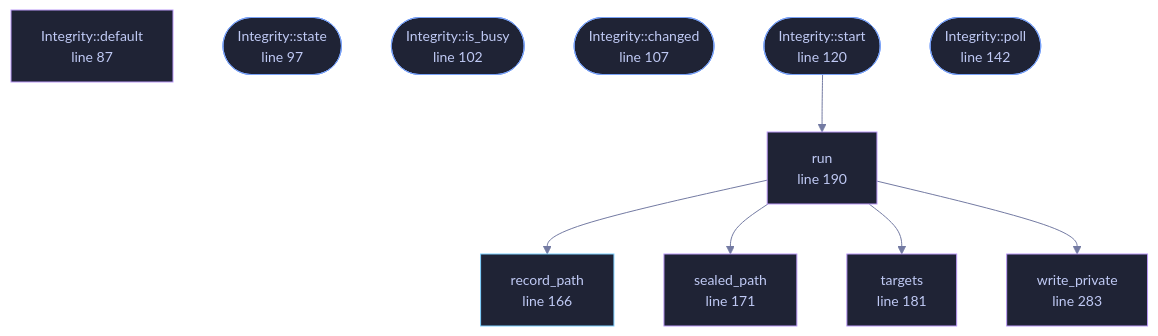
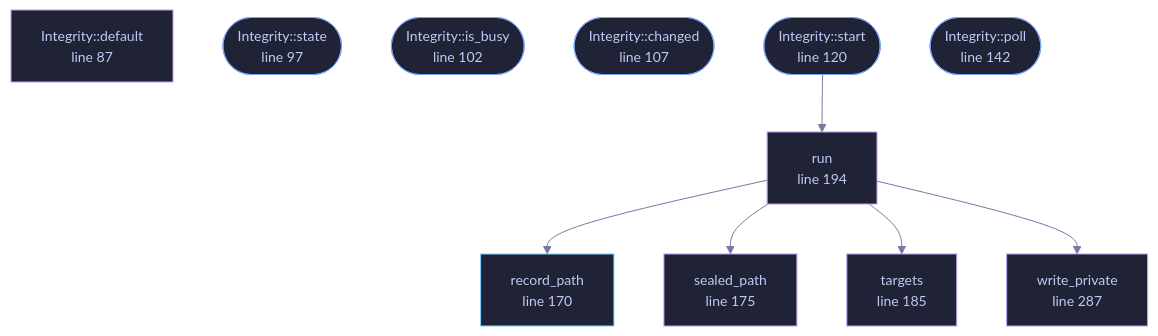
The diagram in docs/files/veilvoice-gui/integrity.md (tilas01/veilvoice), drawn with Mermaid before and after one commit. The commit also changed other lines of this file and 115 other files, not shown here.

````diff
--- a/docs/files/veilvoice-gui/integrity.md
+++ b/docs/files/veilvoice-gui/integrity.md
@@ -109,37 +109,37 @@
 ```mermaid
 %%{init: {"theme":"base","themeVariables":{"background":"#1a1b26","primaryColor":"#1f2335","primaryTextColor":"#c0caf5","primaryBorderColor":"#7aa2f7","secondaryColor":"#16161e","tertiaryColor":"#16161e","lineColor":"#737aa2","textColor":"#c0caf5","mainBkg":"#1f2335","nodeBorder":"#7aa2f7","clusterBkg":"#16161e","clusterBorder":"#2f3549","fontFamily":"ui-monospace, SFMono-Regular, Consolas, monospace","fontSize":"14px"}}}%%
 flowchart TD
     n_default["Integrity::default<br/>line 87"]
     n_state(["Integrity::state<br/>line 97"])
     n_is_busy(["Integrity::is_busy<br/>line 102"])
     n_changed(["Integrity::changed<br/>line 107"])
     n_start(["Integrity::start<br/>line 120"])
     n_poll(["Integrity::poll<br/>line 142"])
-    n_record_path["record_path<br/>line 166"]
-    n_sealed_path["sealed_path<br/>line 171"]
-    n_targets["targets<br/>line 181"]
-    n_run["run<br/>line 190"]
-    n_write_private["write_private<br/>line 283"]
+    n_record_path["record_path<br/>line 170"]
+    n_sealed_path["sealed_path<br/>line 175"]
+    n_targets["targets<br/>line 185"]
+    n_run["run<br/>line 194"]
+    n_write_private["write_private<br/>line 287"]
     n_run --> n_record_path
     n_run --> n_sealed_path
     n_run --> n_targets
     n_run --> n_write_private
     n_start --> n_run
     click n_default href "https://github.com/tilas01/veilvoice/blob/main/crates/veilvoice-gui/src/integrity.rs#L87" "open the source"
     click n_state href "https://github.com/tilas01/veilvoice/blob/main/crates/veilvoice-gui/src/integrity.rs#L97" "open the source"
     click n_is_busy href "https://github.com/tilas01/veilvoice/blob/main/crates/veilvoice-gui/src/integrity.rs#L102" "open the source"
     click n_changed href "https://github.com/tilas01/veilvoice/blob/main/crates/veilvoice-gui/src/integrity.rs#L107" "open the source"
     click n_start href "https://github.com/tilas01/veilvoice/blob/main/crates/veilvoice-gui/src/integrity.rs#L120" "open the source"
     click n_poll href "https://github.com/tilas01/veilvoice/blob/main/crates/veilvoice-gui/src/integrity.rs#L142" "open the source"
-    click n_record_path href "https://github.com/tilas01/veilvoice/blob/main/crates/veilvoice-gui/src/integrity.rs#L166" "open the source"
-    click n_sealed_path href "https://github.com/tilas01/veilvoice/blob/main/crates/veilvoice-gui/src/integrity.rs#L171" "open the source"
-    click n_targets href "https://github.com/tilas01/veilvoice/blob/main/crates/veilvoice-gui/src/integrity.rs#L181" "open the source"
-    click n_run href "https://github.com/tilas01/veilvoice/blob/main/crates/veilvoice-gui/src/integrity.rs#L190" "open the source"
-    click n_write_private href "https://github.com/tilas01/veilvoice/blob/main/crates/veilvoice-gui/src/integrity.rs#L283" "open the source"
+    click n_record_path href "https://github.com/tilas01/veilvoice/blob/main/crates/veilvoice-gui/src/integrity.rs#L170" "open the source"
+    click n_sealed_path href "https://github.com/tilas01/veilvoice/blob/main/crates/veilvoice-gui/src/integrity.rs#L175" "open the source"
+    click n_targets href "https://github.com/tilas01/veilvoice/blob/main/crates/veilvoice-gui/src/integrity.rs#L185" "open the source"
+    click n_run href "https://github.com/tilas01/veilvoice/blob/main/crates/veilvoice-gui/src/integrity.rs#L194" "open the source"
+    click n_write_private href "https://github.com/tilas01/veilvoice/blob/main/crates/veilvoice-gui/src/integrity.rs#L287" "open the source"
     classDef entry fill:#1f2335,stroke:#7aa2f7,color:#c0caf5
     class n_state,n_is_busy,n_changed,n_start,n_poll entry
     classDef api fill:#1f2335,stroke:#7dcfff,color:#c0caf5
     class n_record_path api
     classDef helper fill:#1f2335,stroke:#bb9af7,color:#c0caf5
     class n_default,n_sealed_path,n_targets,n_run,n_write_private helper
 ```
````
